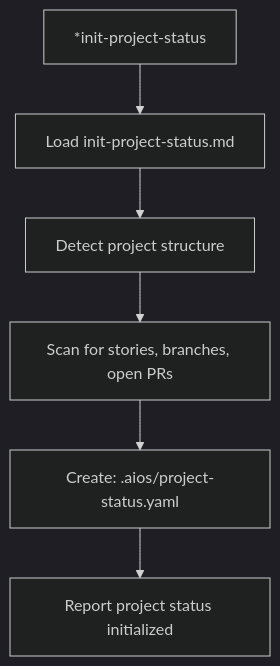
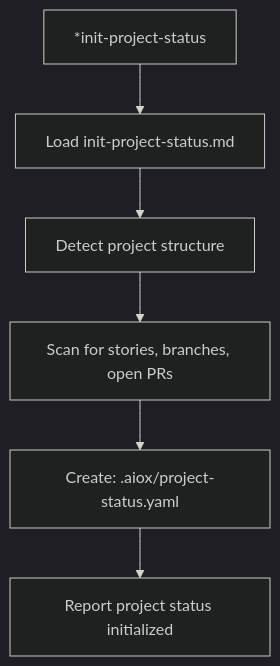
Diagram 16 of 17 in docs/guides/agents/traces/devops-execution-trace.md (brunajunckes/aiox-core), drawn with Mermaid (dark theme) before and after one commit. The commit also changed other lines of this file and 3446 other files, not shown here.

First line of the commit message:
chore: rebrand aios → aiox across entire codebase (#552)

````diff
--- a/docs/guides/agents/traces/devops-execution-trace.md
+++ b/docs/guides/agents/traces/devops-execution-trace.md
@@ -523,8 +523,8 @@
 ```mermaid
 flowchart TD
     A["*init-project-status"] --> B[Load init-project-status.md]
     B --> C[Detect project structure]
     C --> D[Scan for stories, branches, open PRs]
-    D --> E["Create: .aios/project-status.yaml"]
+    D --> E["Create: .aiox/project-status.yaml"]
     E --> F[Report project status initialized]
 ```
````
